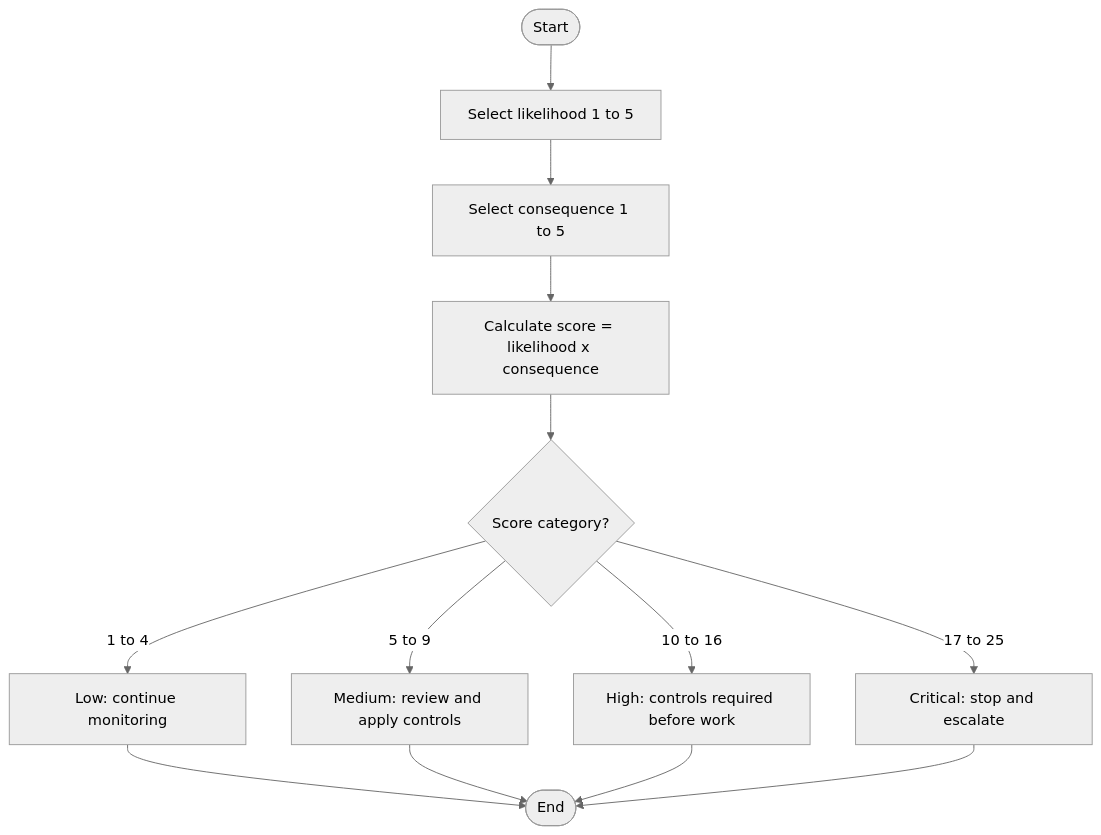
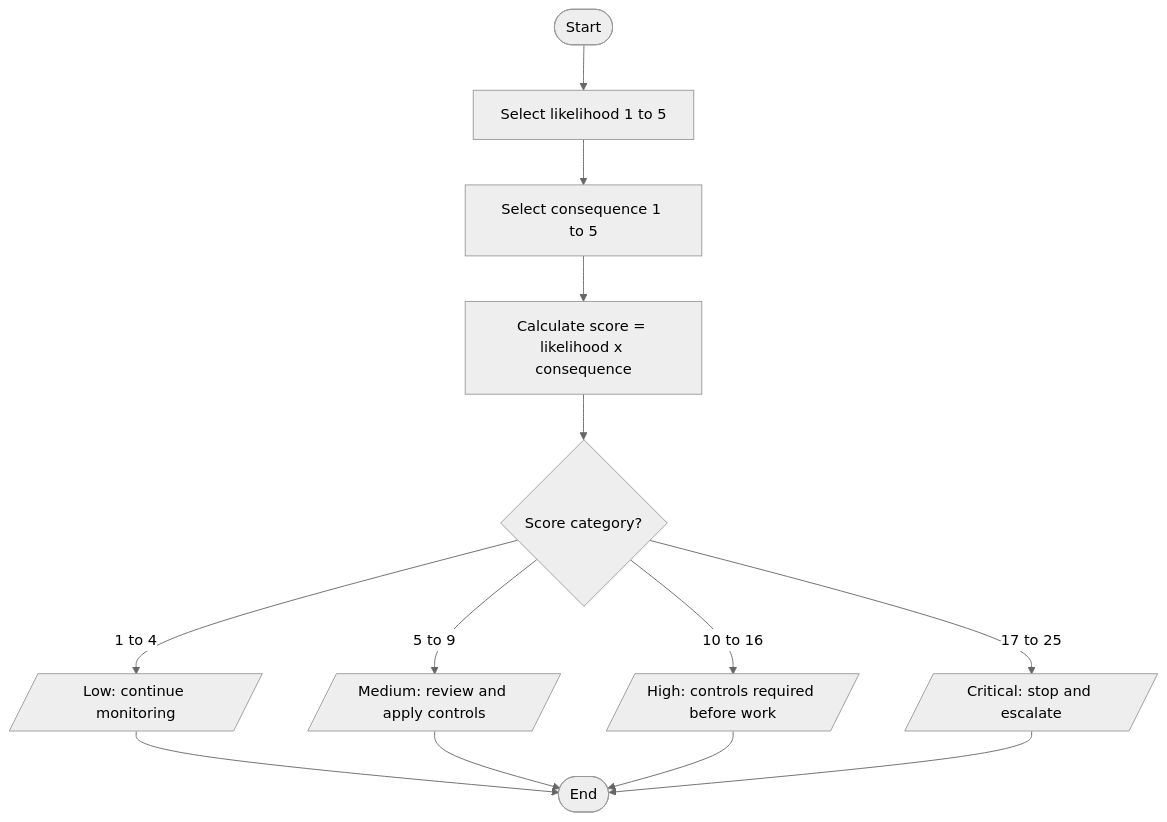
One commit to 2942996/KHWEZI-MINING-APP changed the tenth of 12 diagrams in Algorithms, Flowcharts and Pseudocode/flowcharts/FLOWCHARTS.md. Above: the diagram before and after it, drawn with Mermaid (neutral theme).

Commit message:
Update flowchart labels to use slashes for emphasis

````diff
--- a/Algorithms, Flowcharts and Pseudocode/flowcharts/FLOWCHARTS.md
+++ b/Algorithms, Flowcharts and Pseudocode/flowcharts/FLOWCHARTS.md
@@ -167,15 +167,15 @@
 ```mermaid
 flowchart TD
     A([Start]) --> B[Select likelihood 1 to 5]
     B --> C[Select consequence 1 to 5]
     C --> D[Calculate score = likelihood x consequence]
     D --> E{Score category?}
-    E -- 1 to 4 --> F[Low: continue monitoring]
-    E -- 5 to 9 --> G[Medium: review and apply controls]
-    E -- 10 to 16 --> H[High: controls required before work]
-    E -- 17 to 25 --> I[Critical: stop and escalate]
+    E -- 1 to 4 --> F[/Low: continue monitoring/]
+    E -- 5 to 9 --> G[/Medium: review and apply controls/]
+    E -- 10 to 16 --> H[/High: controls required before work/]
+    E -- 17 to 25 --> I[/Critical: stop and escalate/]
     F --> J([End])
     G --> J
     H --> J
     I --> J
 ```
````
